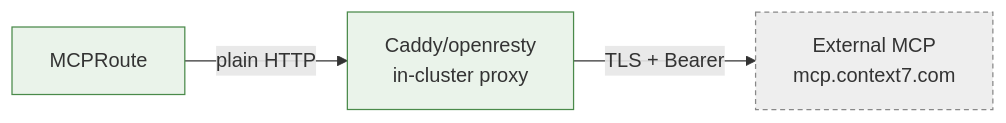
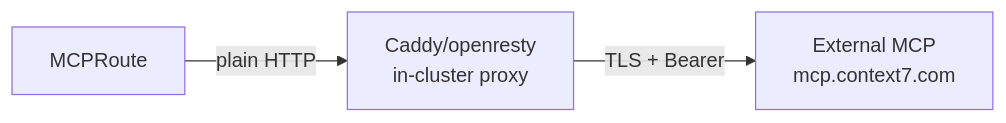
One commit to ADORSYS-GIS/ai-helm changed the seventh of 11 diagrams in docs/mcp/01-envoy-mcp-research.md. Above: the diagram before and after it, drawn with Mermaid. The commit also changed other lines of this file and 13 other files, not shown here.

First line of the commit message:
docs(architecture): uncolor all mermaid; refresh CD/components; add diagrams

````diff
--- a/docs/mcp/01-envoy-mcp-research.md
+++ b/docs/mcp/01-envoy-mcp-research.md
@@ -452,8 +447,6 @@
 ```mermaid
 flowchart LR
-    MCPR["MCPRoute"]:::own -->|"plain HTTP"| PROXY["Caddy/openresty<br/>in-cluster proxy"]:::own
-    PROXY -->|"TLS + Bearer"| EXT["External MCP<br/>mcp.context7.com"]:::ext
+    MCPR["MCPRoute"] -->|"plain HTTP"| PROXY["Caddy/openresty<br/>in-cluster proxy"]
+    PROXY -->|"TLS + Bearer"| EXT["External MCP<br/>mcp.context7.com"]
     
-    classDef own fill:#eaf3ea,stroke:#4a8a4a;
-    classDef ext fill:#eee,stroke:#888,stroke-dasharray:4 3;
 ```
````
